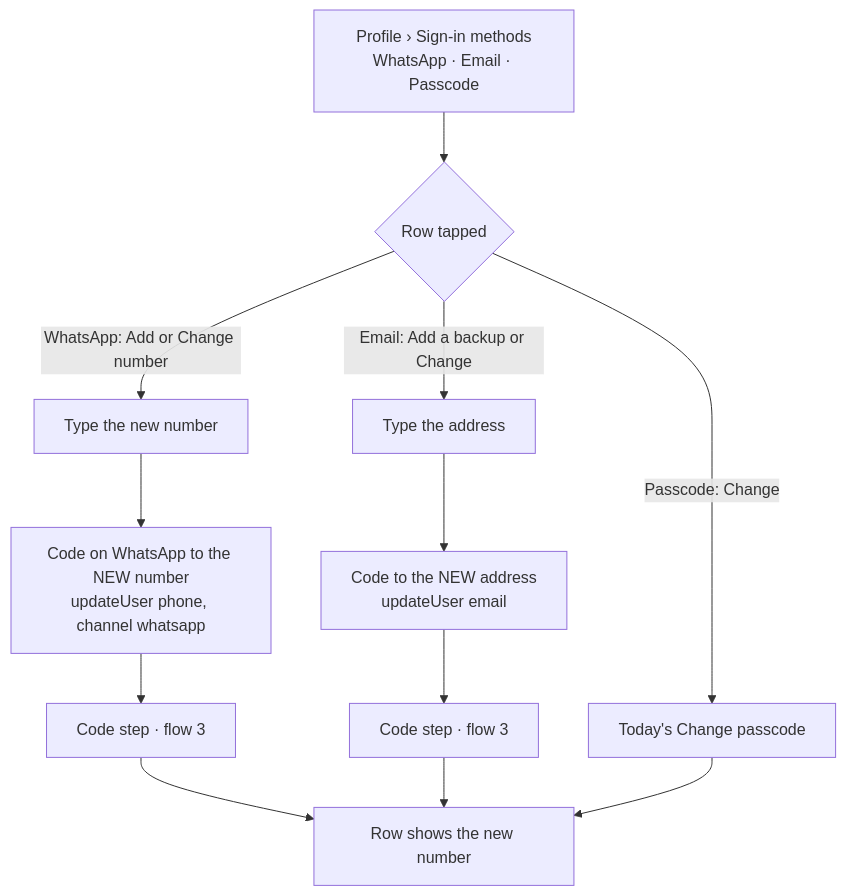
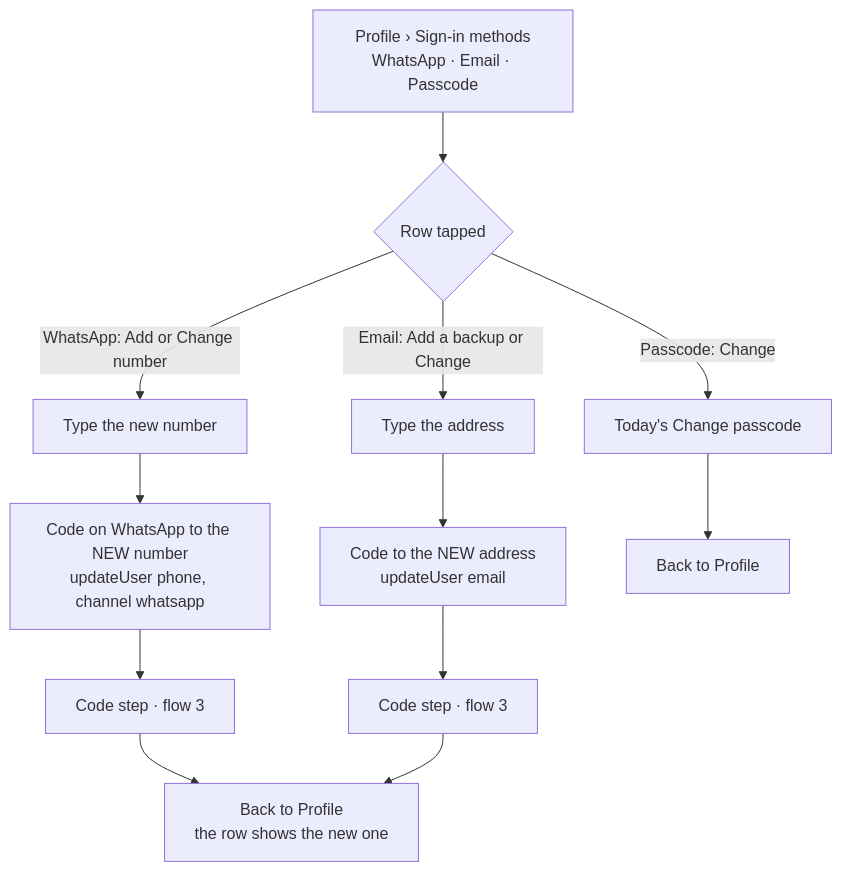
Before and after one commit to sreeatcandorps/RummyHome: the sixth of 9 diagrams in rummy-home3/docs/whatsapp-sign-in/flows.md, drawn with Mermaid. The commit also changed other lines of this file and 9 other files, not shown here.

Commit message:
WhatsApp spec: flow images re-rendered, shared CodeStep in the file list

````diff
--- a/rummy-home3/docs/whatsapp-sign-in/flows.md
+++ b/rummy-home3/docs/whatsapp-sign-in/flows.md
@@ -121,7 +121,7 @@
 ```mermaid
 flowchart TD
   A["Profile › Sign-in methods<br/>WhatsApp · Email · Passcode"] --> B{"Row tapped"}
-  B -- "WhatsApp: Add or Change number" --> C["Type the new number"] --> C2["Code on WhatsApp to the NEW number<br/>updateUser phone, channel whatsapp"] --> C3["Code step · flow 3"] --> Z["Row shows the new number"]
+  B -- "WhatsApp: Add or Change number" --> C["Type the new number"] --> C2["Code on WhatsApp to the NEW number<br/>updateUser phone, channel whatsapp"] --> C3["Code step · flow 3"] --> Z["Back to Profile<br/>the row shows the new one"]
   B -- "Email: Add a backup or Change" --> D["Type the address"] --> D2["Code to the NEW address<br/>updateUser email"] --> D3["Code step · flow 3"] --> Z
-  B -- "Passcode: Change" --> P["Today's Change passcode"] --> Z
+  B -- "Passcode: Change" --> P["Today's Change passcode"] --> Z2["Back to Profile"]
 ```
````
